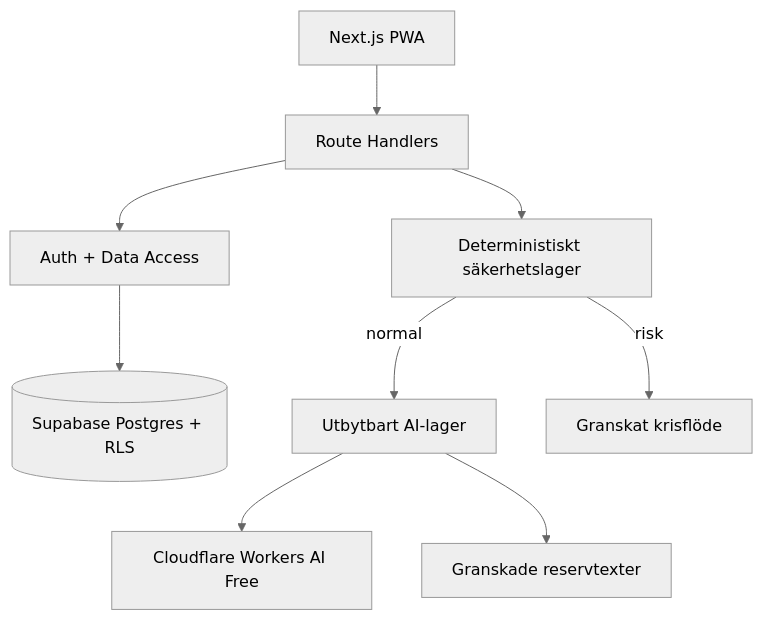
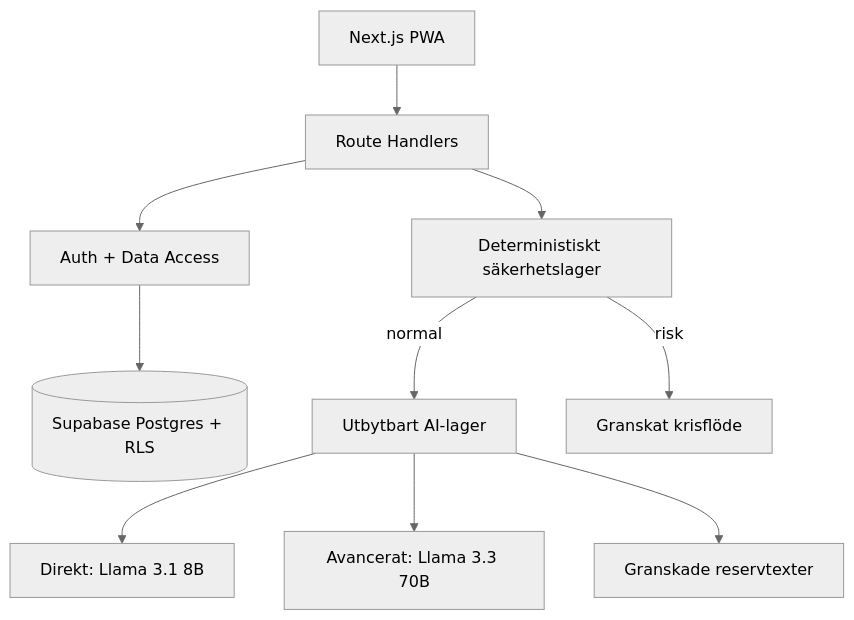
Before and after one commit to Rubbedubb/pepply: the diagram in docs/ARCHITECTURE.md, drawn with Mermaid (neutral theme). The commit also changed other lines of this file and 23 other files, not shown here.

First line of the commit message:
Lägg till Direkt 8B och Avancerat 70B (#2)

````diff
--- a/docs/ARCHITECTURE.md
+++ b/docs/ARCHITECTURE.md
@@ -5,11 +5,12 @@
 ```mermaid
 flowchart TD
   Browser[Next.js PWA] --> Routes[Route Handlers]
   Routes --> DAL[Auth + Data Access]
   DAL --> DB[(Supabase Postgres + RLS)]
   Routes --> Safety[Deterministiskt säkerhetslager]
   Safety -->|normal| AI[Utbytbart AI-lager]
   Safety -->|risk| Crisis[Granskat krisflöde]
-  AI --> Cloudflare[Cloudflare Workers AI Free]
+  AI --> Direct[Direkt: Llama 3.1 8B]
+  AI --> Advanced[Avancerat: Llama 3.3 70B]
   AI --> Fallback[Granskade reservtexter]
 ```
````
